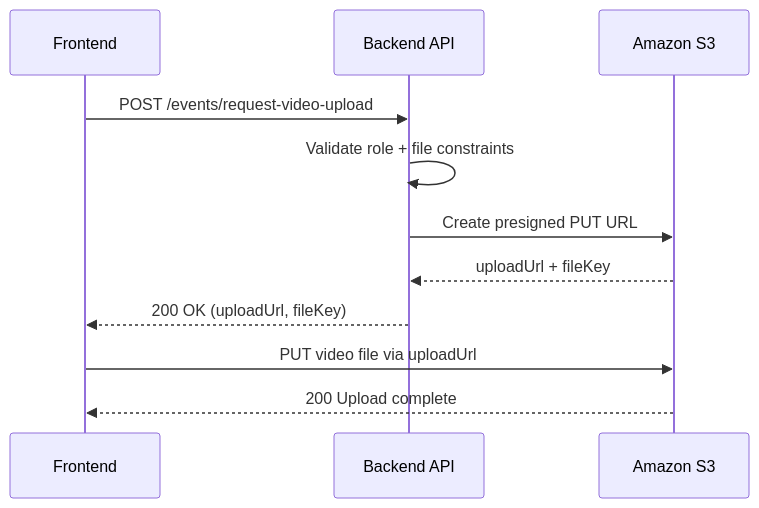
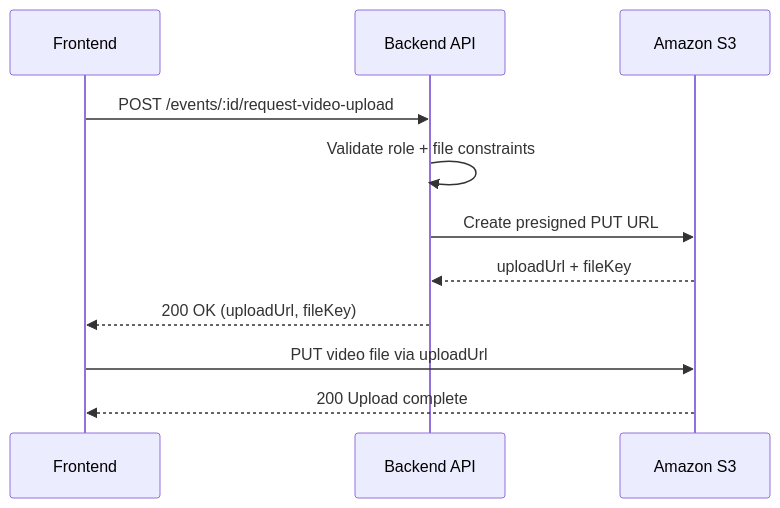
The seventh of 10 diagrams in architecture-homework/docs/api-design.md (KaterynaKocheharova/Multi-tenant-architecture), drawn with Mermaid before and after one commit. The commit also changed other lines of this file and 1 other file, not shown here.

Commit message:
polish api-design

````diff
--- a/architecture-homework/docs/api-design.md
+++ b/architecture-homework/docs/api-design.md
@@ -483,14 +460,14 @@
 ```mermaid
 sequenceDiagram
   participant FE as Frontend
   participant API as Backend API
   participant S3 as Amazon S3
 
-  FE->>API: POST /events/request-video-upload
+  FE->>API: POST /events/:id/request-video-upload
   API->>API: Validate role + file constraints
   API->>S3: Create presigned PUT URL
   S3-->>API: uploadUrl + fileKey
   API-->>FE: 200 OK (uploadUrl, fileKey)
   FE->>S3: PUT video file via uploadUrl
   S3-->>FE: 200 Upload complete
 ```
````
